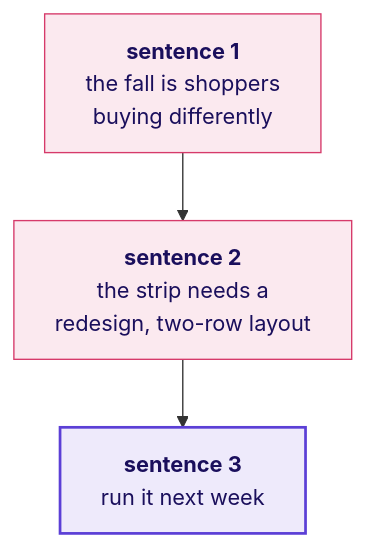
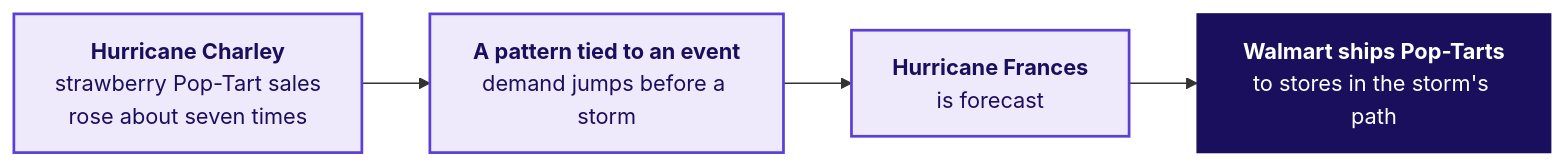
The third of 3 diagrams in content/W04/D3/slides/C2_W04_D03_fallback_STUDENT.md (fde-academy-lab/c2-content-factory), drawn with Mermaid before and after one commit. The commit also changed other lines of this file and 37 other files, not shown here.

````diff
--- a/content/W04/D3/slides/C2_W04_D03_fallback_STUDENT.md
+++ b/content/W04/D3/slides/C2_W04_D03_fallback_STUDENT.md
@@ -240,9 +192,10 @@
 ```mermaid
-flowchart TD
-    S1["<b>sentence 1</b><br/>the fall is shoppers<br/>buying differently"] --> S2["<b>sentence 2</b><br/>the strip needs a<br/>redesign, two-row layout"]
-    S2 --> S3["<b>sentence 3</b><br/>run it next week"]
+flowchart LR
+    C["<b>Hurricane Charley</b><br/>strawberry Pop-Tart sales<br/>rose about seven times"] --> S["<b>A pattern tied to an event</b><br/>demand jumps before a storm"]
+    S --> F["<b>Hurricane Frances</b><br/>is forecast"]
+    F --> M["<b>Walmart ships Pop-Tarts</b><br/>to stores in the storm's path"]
     classDef known fill:#EEEAFB,stroke:#5B3FD6,color:#1A0F5C,stroke-width:2px
-    classDef bad fill:#FBE9EF,stroke:#D63A6A,color:#1A0F5C
-    class S1,S2 bad
-    class S3 known
+    classDef lit fill:#1A0F5C,stroke:#1A0F5C,color:#FFFFFF
+    class C,S,F known
+    class M lit
 ```
````
